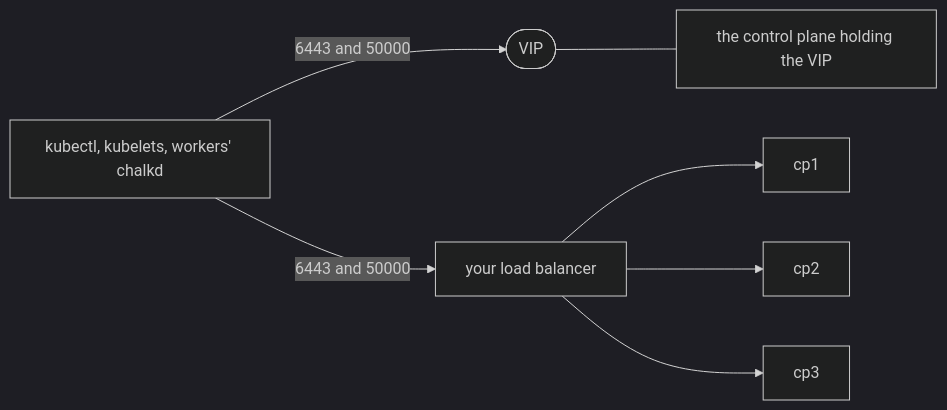
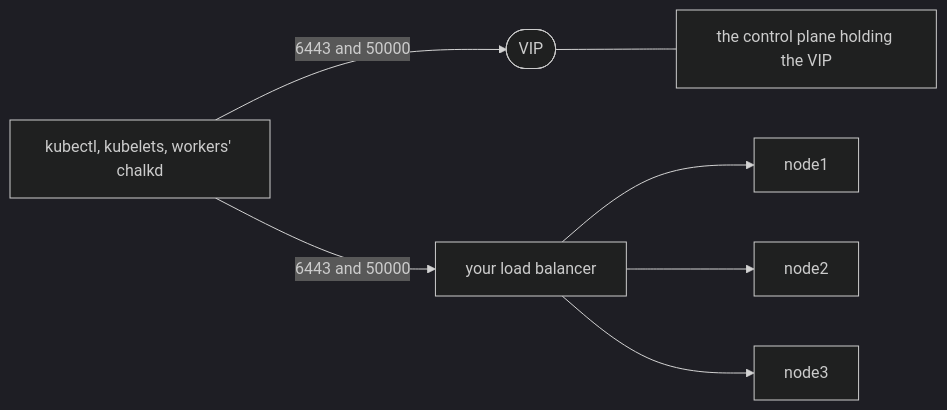
Before and after one commit to trevex/chalkos: the diagram in docs/kubernetes/plan.md, drawn with Mermaid (dark theme). The commit also changed other lines of this file and 20 other files, not shown here.

````diff
--- a/docs/kubernetes/plan.md
+++ b/docs/kubernetes/plan.md
@@ -72,10 +72,10 @@
 ```mermaid
 flowchart LR
     clients["kubectl, kubelets, workers' chalkd"]
     clients -->|"6443 and 50000"| vip(["VIP"])
     vip --- holder["the control plane holding the VIP"]
     clients -->|"6443 and 50000"| lb["your load balancer"]
-    lb --> cp1["cp1"]
-    lb --> cp2["cp2"]
-    lb --> cp3["cp3"]
+    lb --> node1["node1"]
+    lb --> node2["node2"]
+    lb --> node3["node3"]
 ```
````
